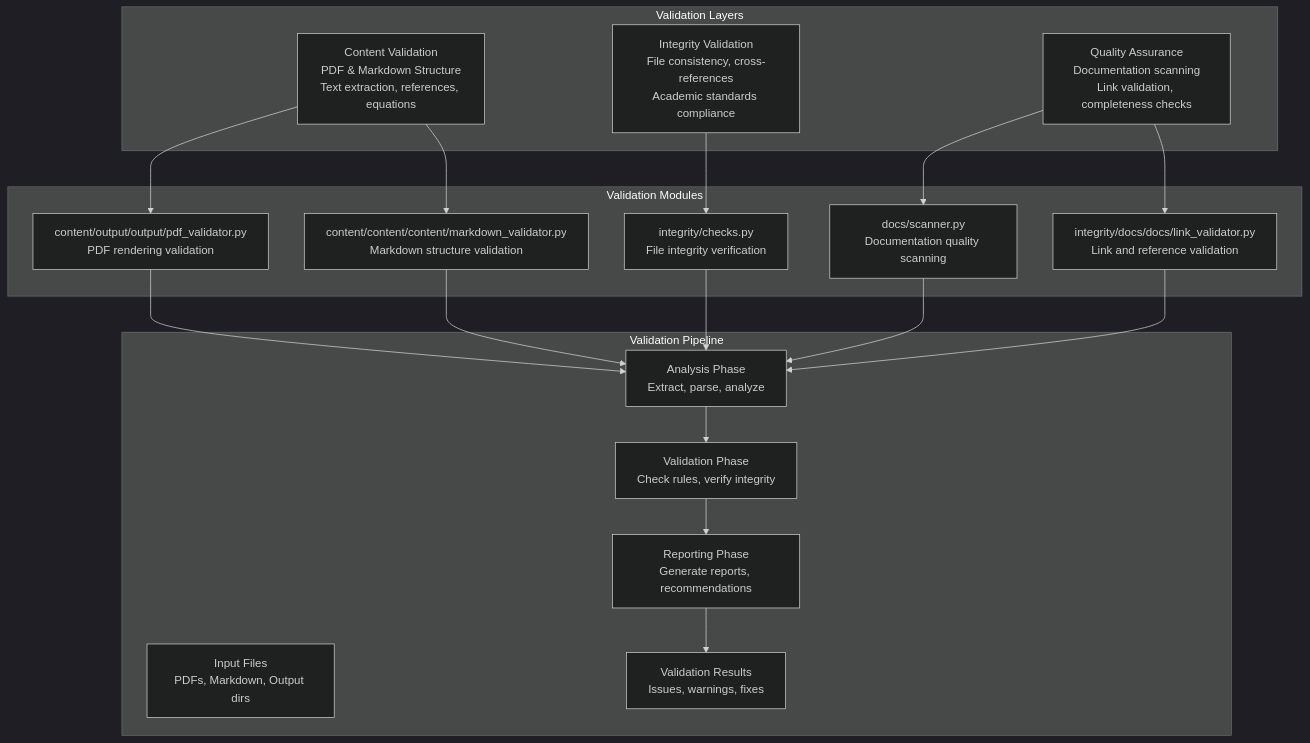
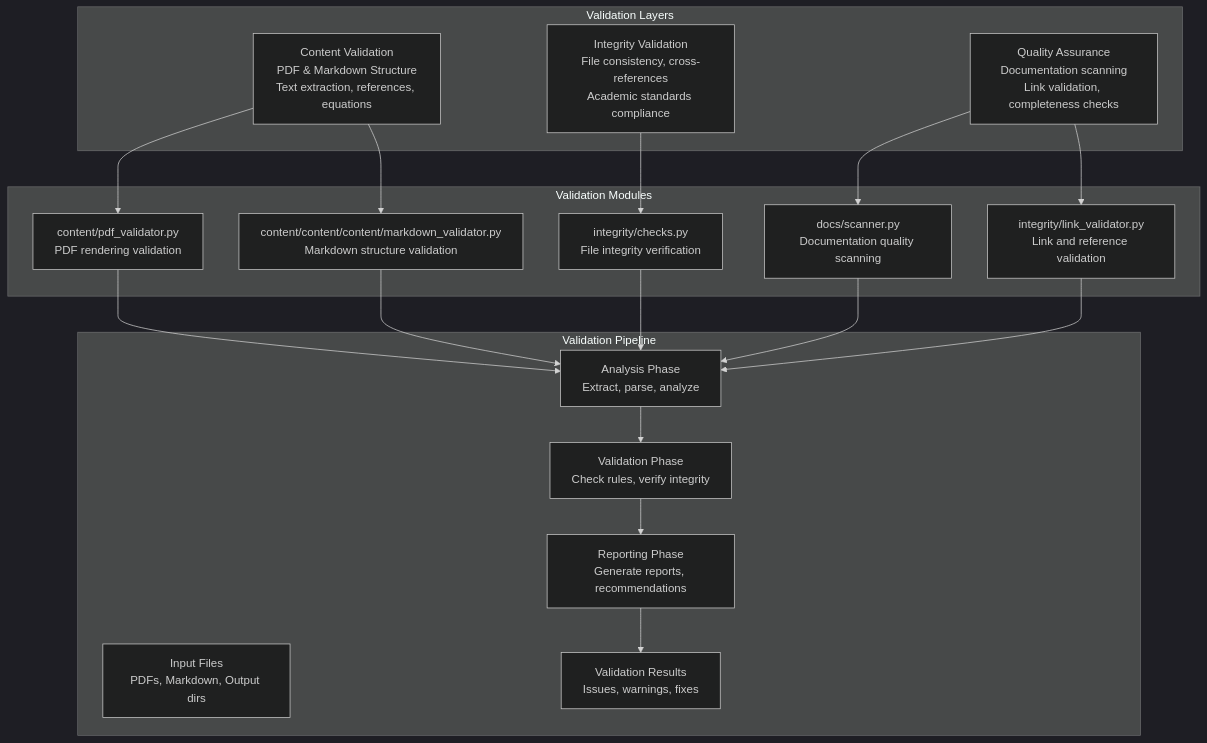
Before and after one commit to docxology/template: the first of 4 diagrams in infrastructure/validation/README.md, drawn with Mermaid (dark theme). The commit also changed 1035 other files, not shown here.

````diff
--- a/infrastructure/validation/README.md
+++ b/infrastructure/validation/README.md
@@ -7,44 +7,44 @@
 ```mermaid
 graph TD
     subgraph ValidationLayers["Validation Layers"]
         CONTENT[Content Validation<br/>PDF & Markdown Structure<br/>Text extraction, references, equations]
         INTEGRITY[Integrity Validation<br/>File consistency, cross-references<br/>Academic standards compliance]
         QUALITY[Quality Assurance<br/>Documentation scanning<br/>Link validation, completeness checks]
     end
 
     subgraph ValidationModules["Validation Modules"]
-        PDF_VAL[content/output/output/pdf_validator.py<br/>PDF rendering validation]
+        PDF_VAL[content/pdf_validator.py<br/>PDF rendering validation]
         MD_VAL[content/content/content/markdown_validator.py<br/>Markdown structure validation]
         INTEGRITY_MOD[integrity/checks.py<br/>File integrity verification]
         DOC_SCAN[docs/scanner.py<br/>Documentation quality scanning]
-        LINK_VAL[integrity/docs/docs/link_validator.py<br/>Link and reference validation]
+        LINK_VAL[integrity/link_validator.py<br/>Link and reference validation]
     end
 
     subgraph ValidationPipeline["Validation Pipeline"]
         INPUT[Input Files<br/>PDFs, Markdown, Output dirs]
         ANALYSIS[Analysis Phase<br/>Extract, parse, analyze]
         VALIDATION[Validation Phase<br/>Check rules, verify integrity]
         REPORTING[Reporting Phase<br/>Generate reports, recommendations]
         OUTPUT[Validation Results<br/>Issues, warnings, fixes]
     end
 
     CONTENT --> PDF_VAL
     CONTENT --> MD_VAL
     INTEGRITY --> INTEGRITY_MOD
     QUALITY --> DOC_SCAN
     QUALITY --> LINK_VAL
 
     PDF_VAL --> ANALYSIS
     MD_VAL --> ANALYSIS
     INTEGRITY_MOD --> ANALYSIS
     DOC_SCAN --> ANALYSIS
     LINK_VAL --> ANALYSIS
 
     ANALYSIS --> VALIDATION
     VALIDATION --> REPORTING
     REPORTING --> OUTPUT
 
     class ValidationLayers layers
     class ValidationModules modules
     class ValidationPipeline pipeline
 ```
````
